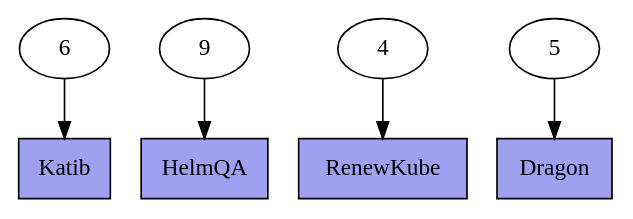
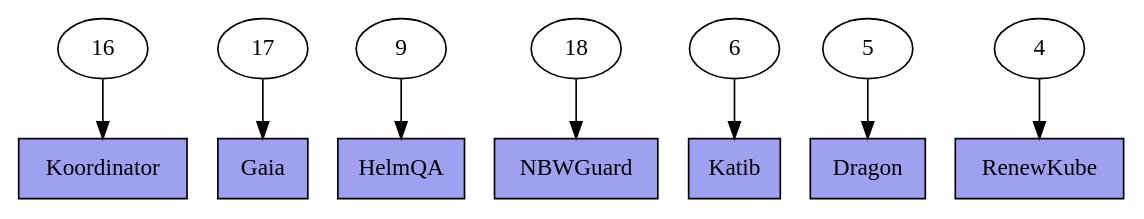
The diagram in graphs/sldgraph-tech.dot (serviceprototypinglab/kubernetes-literature-dataset), drawn with Graphviz before and after one commit. The commit also changed 23 other files, not shown here.

```diff
--- a/graphs/sldgraph-tech.dot
+++ b/graphs/sldgraph-tech.dot
@@ -1,15 +1,24 @@
 digraph sldgraph {
 overlap=false;
-_S25732 -> _S69451;
-_S55087 -> _S49213;
-_S53787 -> _S70528;
-_S56900 -> _S23073;
-_S25732 [label="6"];
-_S53787 [label="4"];
-_S69451 [label="Katib",shape=box,style=filled,fillcolor="#a0a0f0"];
-_S55087 [label="9"];
-_S56900 [label="5"];
-_S49213 [label="HelmQA",shape=box,style=filled,fillcolor="#a0a0f0"];
-_S23073 [label="Dragon",shape=box,style=filled,fillcolor="#a0a0f0"];
-_S70528 [label="RenewKube",shape=box,style=filled,fillcolor="#a0a0f0"];
+_S57828 -> _S31969;
+_S66830 -> _S37872;
+_S86291 -> _S29067;
+_S49274 -> _S66593;
+_S39948 -> _S89728;
+_S64017 -> _S76462;
+_S27012 -> _S78301;
+_S66593 [label="NBWGuard",shape=box,style=filled,fillcolor="#a0a0f0"];
+_S29067 [label="HelmQA",shape=box,style=filled,fillcolor="#a0a0f0"];
+_S76462 [label="Dragon",shape=box,style=filled,fillcolor="#a0a0f0"];
+_S66830 [label="17"];
+_S37872 [label="Gaia",shape=box,style=filled,fillcolor="#a0a0f0"];
+_S57828 [label="16"];
+_S27012 [label="4"];
+_S31969 [label="Koordinator",shape=box,style=filled,fillcolor="#a0a0f0"];
+_S39948 [label="6"];
+_S49274 [label="18"];
+_S78301 [label="RenewKube",shape=box,style=filled,fillcolor="#a0a0f0"];
+_S64017 [label="5"];
+_S86291 [label="9"];
+_S89728 [label="Katib",shape=box,style=filled,fillcolor="#a0a0f0"];
 }
```
